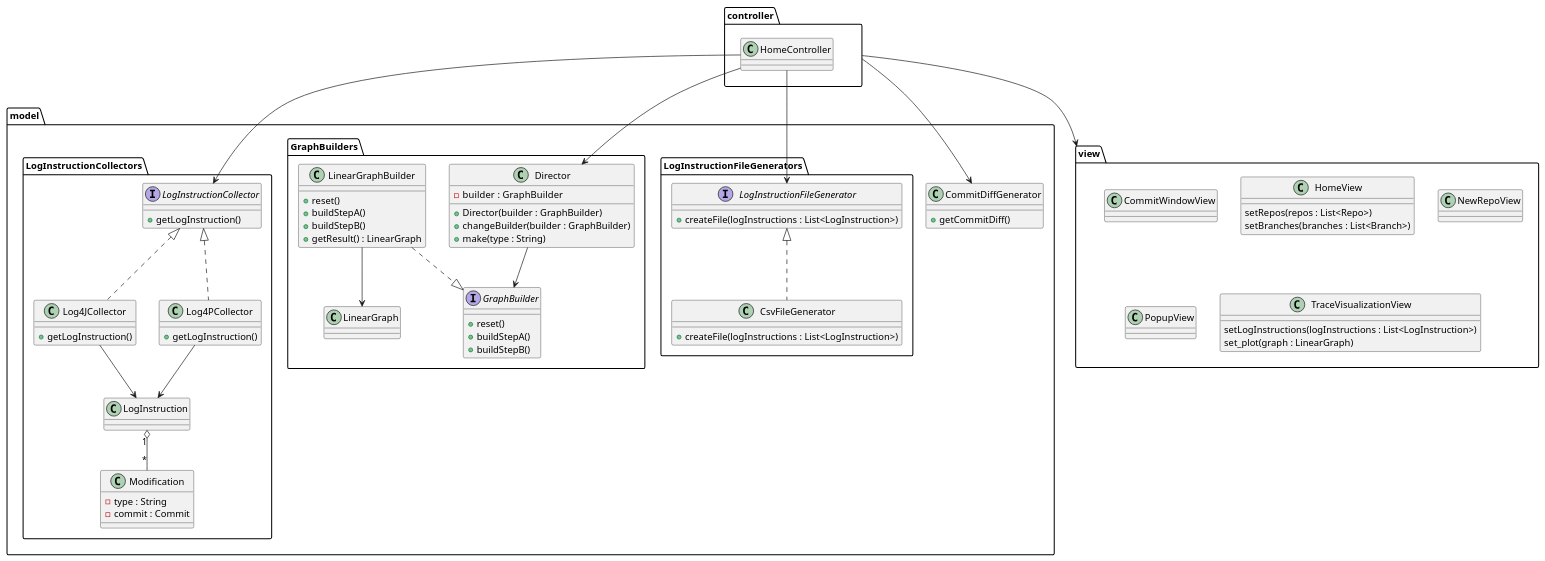
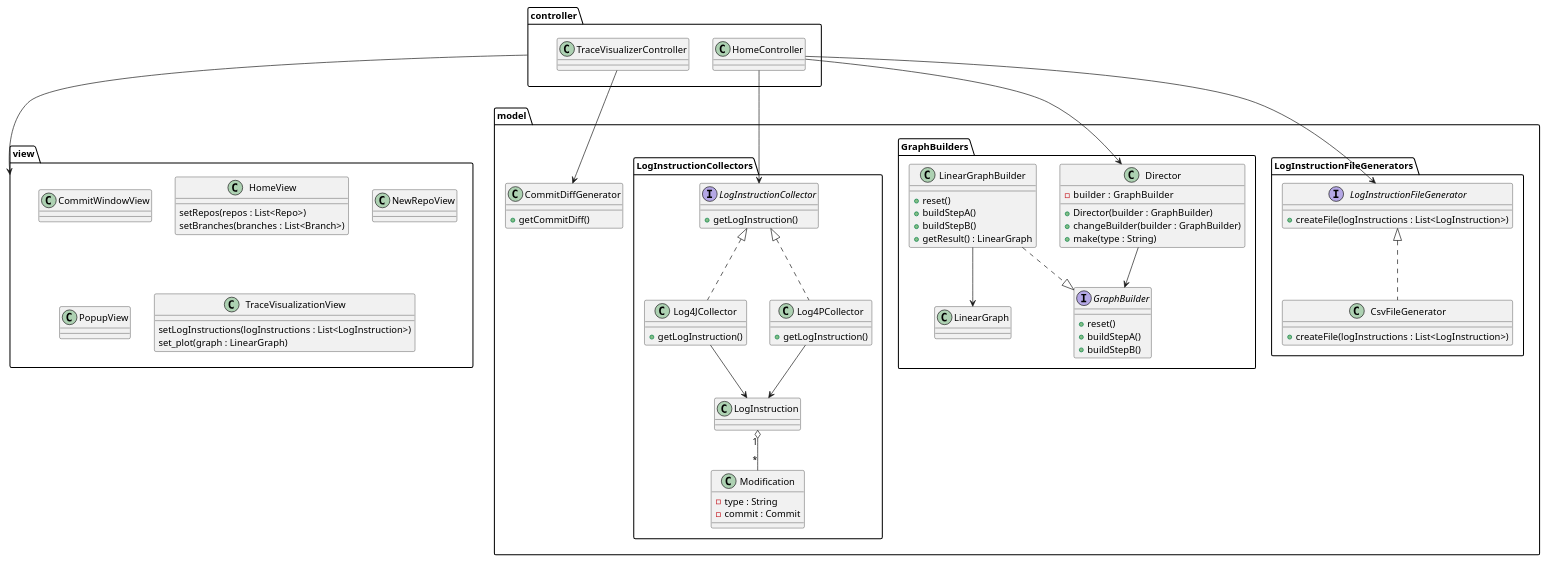
One commit to woofi7/Outil-de-visualisation-evolution-des-traces-execution changed the diagram in doc/classe.puml. Above: the diagram before and after it, drawn with PlantUML. The commit also changed 29 other files, not shown here.

```diff
--- a/doc/classe.puml
+++ b/doc/classe.puml
@@ -1,100 +1,101 @@
 @startuml class
 package controller {
     class HomeController
+    class TraceVisualizerController
 }
 
 package model {
     class CommitDiffGenerator{
         + getCommitDiff()
     }
 
     package LogInstructionFileGenerators{
         interface LogInstructionFileGenerator{
             + createFile(logInstructions : List<LogInstruction>)
         }
 
         class CsvFileGenerator implements LogInstructionFileGenerator{
             + createFile(logInstructions : List<LogInstruction>)
         }
     }
 
     package GraphBuilders{
         class Director {
             - builder  : GraphBuilder
             + Director(builder : GraphBuilder)
             + changeBuilder(builder : GraphBuilder)
             + make(type : String)
         }
         interface GraphBuilder{
             + reset()
             + buildStepA()
             + buildStepB()
         }
         class LinearGraphBuilder{
             + reset()
             + buildStepA()
             + buildStepB()
             + getResult() : LinearGraph
         }
         class LinearGraph
     }
 
     package LogInstructionCollectors{
         interface LogInstructionCollector{
             + getLogInstruction()
         }
 
         class Log4JCollector implements LogInstructionCollector{
             + getLogInstruction()
         }
 
         class Log4PCollector implements LogInstructionCollector{
             + getLogInstruction()
         }
         class LogInstruction
         class Modification {
             - type : String
             - commit : Commit
         }
     }
 }
 
 HomeController --> LogInstructionCollector
 HomeController --> LogInstructionFileGenerator 
-controller --> CommitDiffGenerator
+TraceVisualizerController --> CommitDiffGenerator
 
 package view {
     class CommitWindowView
     class HomeView {
         setRepos(repos : List<Repo>)
         setBranches(branches : List<Branch>)
     }
     class NewRepoView
     class PopupView
     class TraceVisualizationView {
         setLogInstructions(logInstructions : List<LogInstruction>)
         set_plot(graph : LinearGraph)
     }
 
 }
 
 controller --> view
 
 
 
 LogInstruction "1" o-- "*"Modification
 Log4JCollector --> LogInstruction
 Log4PCollector --> LogInstruction
 
 
 HomeController --> Director
 Director --> GraphBuilder
 LinearGraphBuilder ..|> GraphBuilder
 LinearGraphBuilder --> LinearGraph
 
 
 
 
 
 
 @enduml
```
